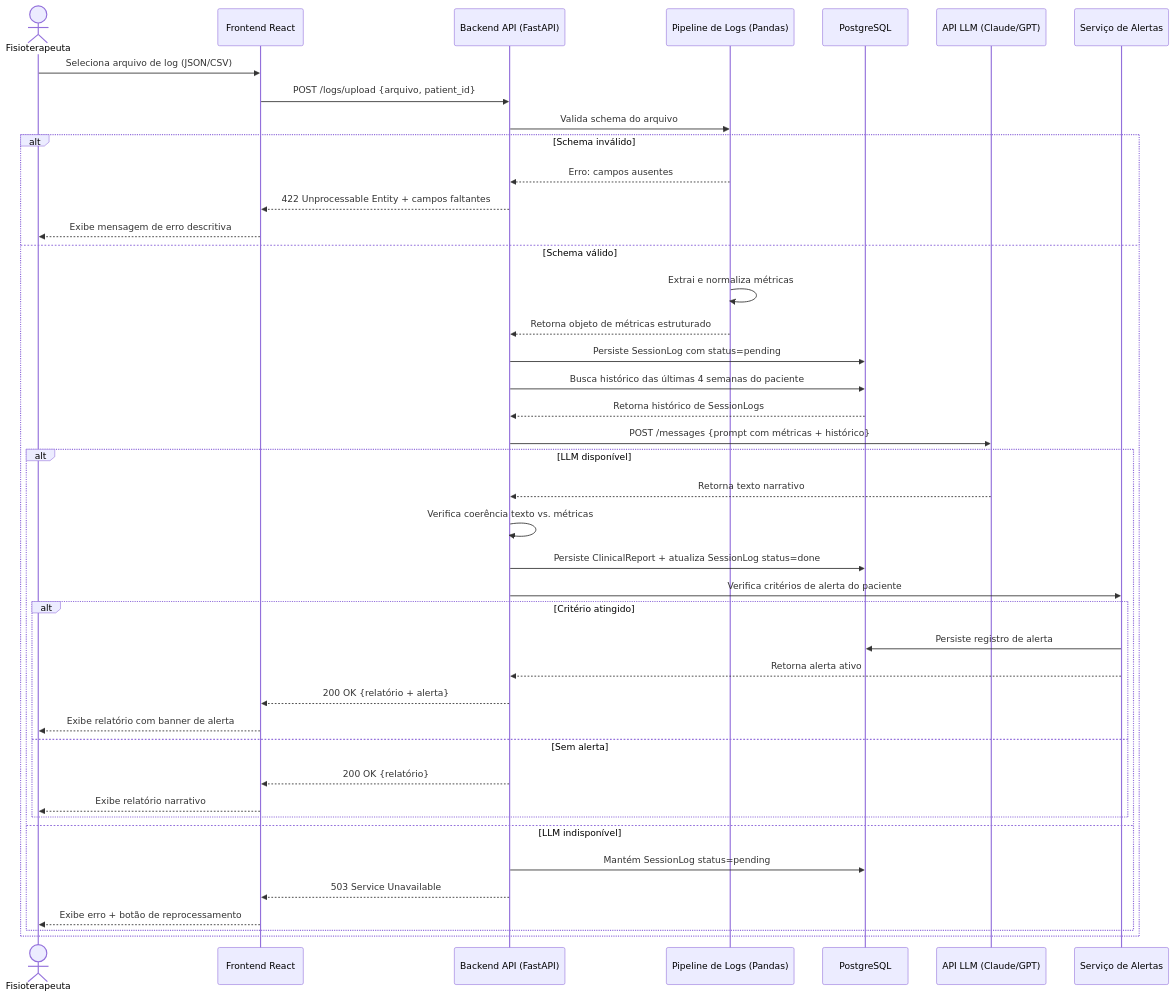
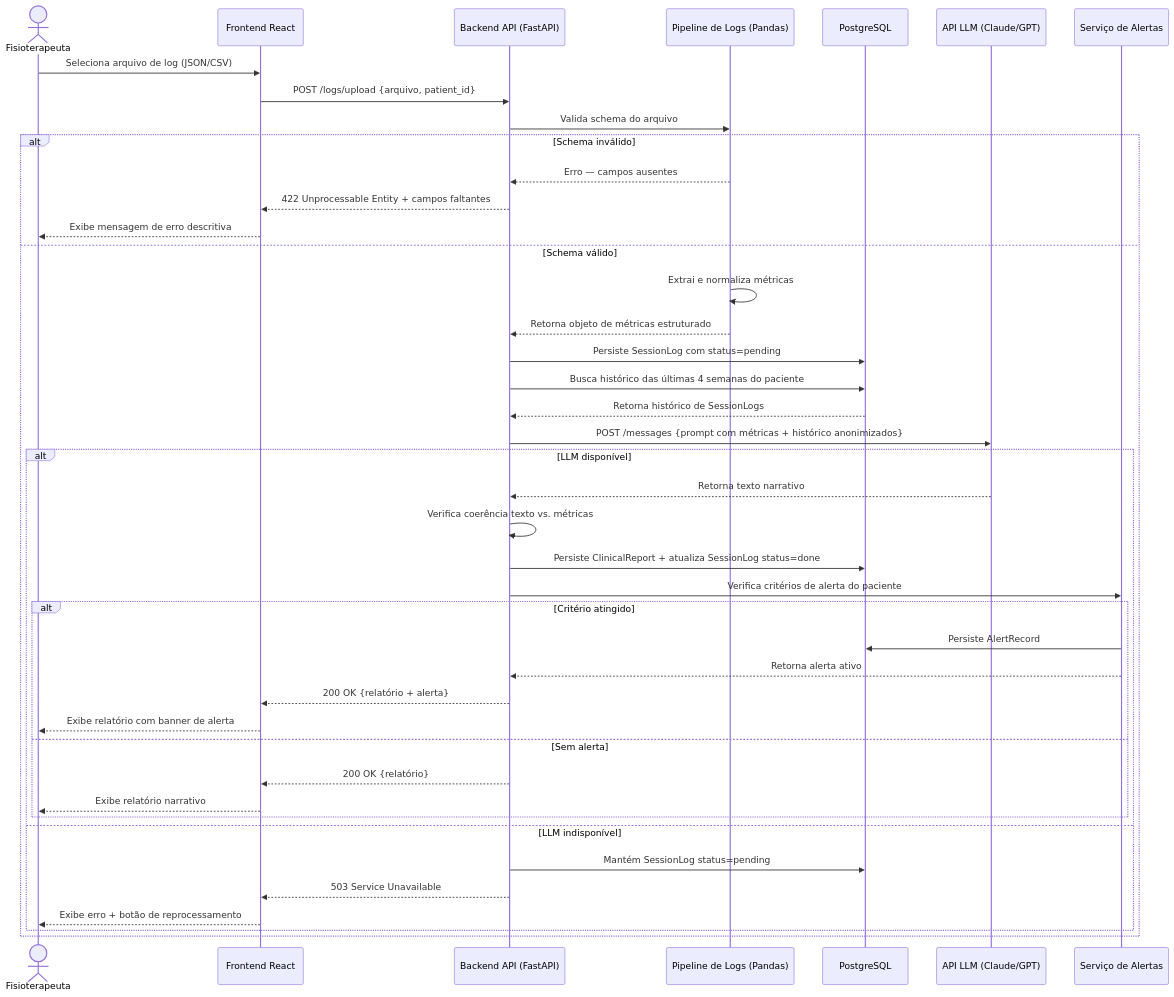
Before and after one commit to Jhssic/iblueit-clinical-reports: the second of 7 diagrams in documentation/RFC-V1.md, drawn with Mermaid. The commit also changed other lines of this file, not shown here.

````diff
--- a/documentation/RFC-V1.md
+++ b/documentation/RFC-V1.md
@@ -380,45 +333,45 @@
 ```mermaid
 sequenceDiagram
     actor FT as Fisioterapeuta
     participant FE as Frontend React
     participant API as Backend API (FastAPI)
     participant PIPE as Pipeline de Logs (Pandas)
     participant DB as PostgreSQL
     participant LLM as API LLM (Claude/GPT)
     participant ALERT as Serviço de Alertas
- 
+
     FT->>FE: Seleciona arquivo de log (JSON/CSV)
     FE->>API: POST /logs/upload {arquivo, patient_id}
     API->>PIPE: Valida schema do arquivo
     alt Schema inválido
-        PIPE-->>API: Erro: campos ausentes
+        PIPE-->>API: Erro — campos ausentes
         API-->>FE: 422 Unprocessable Entity + campos faltantes
         FE-->>FT: Exibe mensagem de erro descritiva
     else Schema válido
         PIPE->>PIPE: Extrai e normaliza métricas
         PIPE-->>API: Retorna objeto de métricas estruturado
         API->>DB: Persiste SessionLog com status=pending
         API->>DB: Busca histórico das últimas 4 semanas do paciente
         DB-->>API: Retorna histórico de SessionLogs
-        API->>LLM: POST /messages {prompt com métricas + histórico}
+        API->>LLM: POST /messages {prompt com métricas + histórico anonimizados}
         alt LLM disponível
             LLM-->>API: Retorna texto narrativo
             API->>API: Verifica coerência texto vs. métricas
             API->>DB: Persiste ClinicalReport + atualiza SessionLog status=done
             API->>ALERT: Verifica critérios de alerta do paciente
             alt Critério atingido
-                ALERT->>DB: Persiste registro de alerta
+                ALERT->>DB: Persiste AlertRecord
                 ALERT-->>API: Retorna alerta ativo
                 API-->>FE: 200 OK {relatório + alerta}
                 FE-->>FT: Exibe relatório com banner de alerta
             else Sem alerta
                 API-->>FE: 200 OK {relatório}
                 FE-->>FT: Exibe relatório narrativo
             end
         else LLM indisponível
             API->>DB: Mantém SessionLog status=pending
             API-->>FE: 503 Service Unavailable
             FE-->>FT: Exibe erro + botão de reprocessamento
         end
     end
 ```
````
